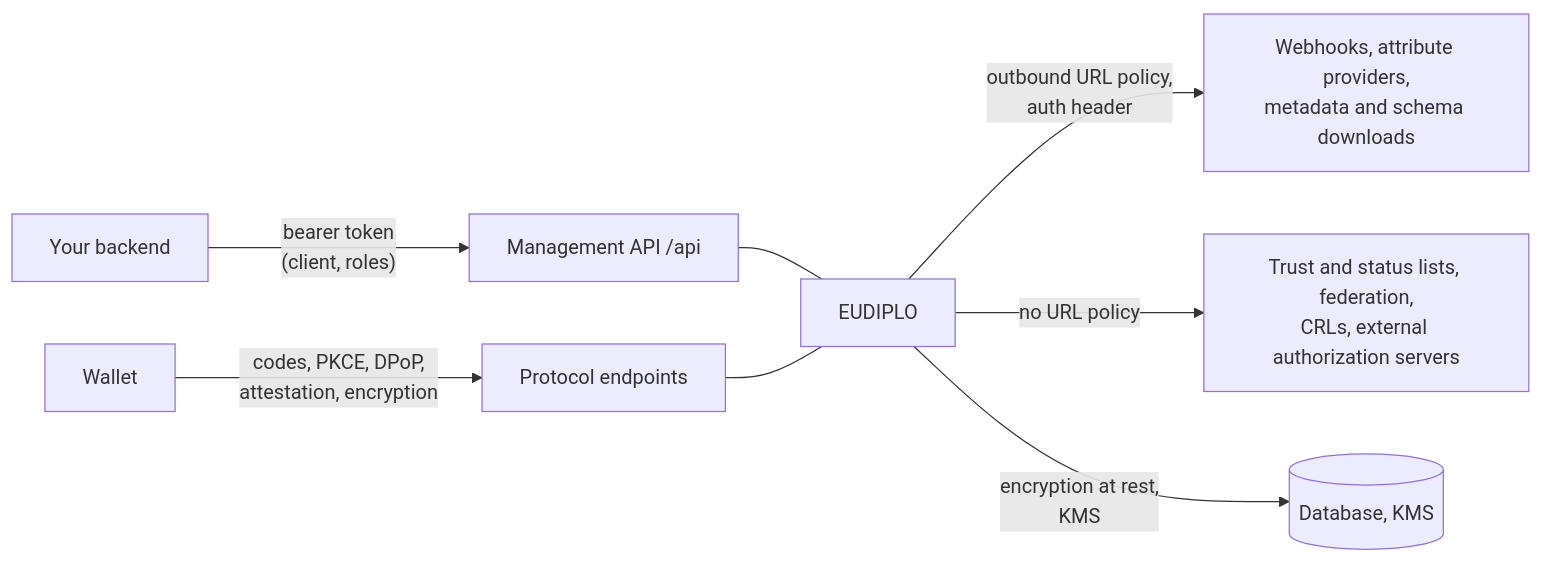
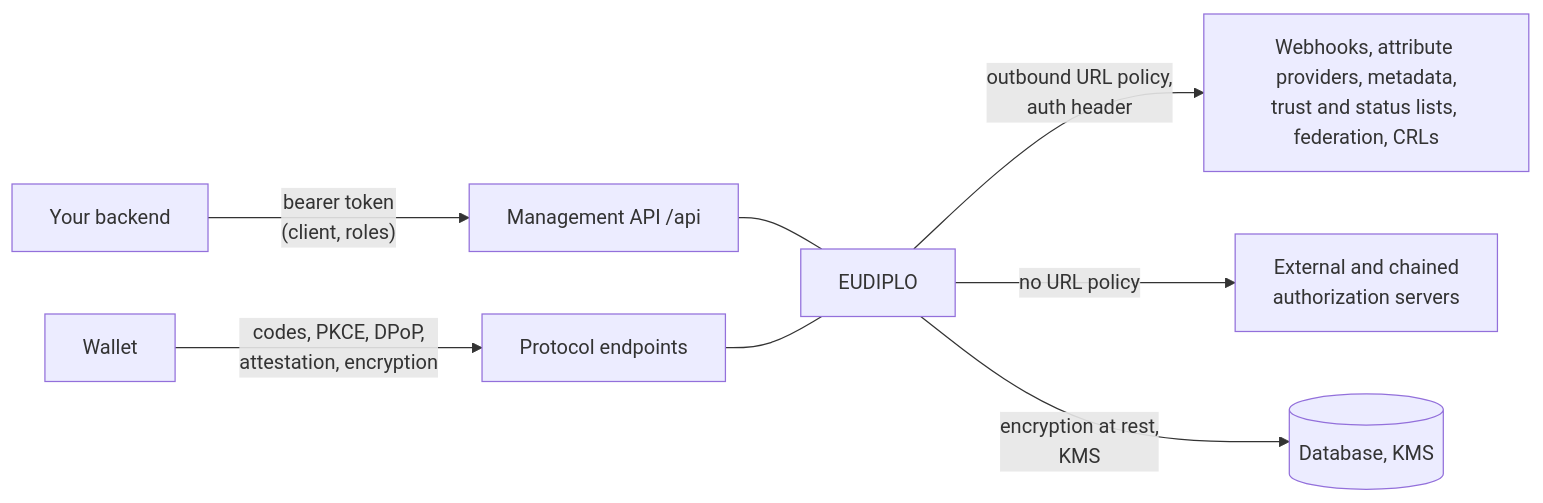
The diagram in apps/docs/docs/concepts/security-model.md (Cypher-CP0/eudiplo), drawn with Mermaid before and after one commit. The commit also changed other lines of this file and 21 other files, not shown here.

````diff
--- a/apps/docs/docs/concepts/security-model.md
+++ b/apps/docs/docs/concepts/security-model.md
@@ -12,10 +12,10 @@
 ```mermaid
 flowchart LR
     BE[Your backend] -->|"bearer token<br/>(client, roles)"| API["Management API /api"]
     W[Wallet] -->|"codes, PKCE, DPoP,<br/>attestation, encryption"| P[Protocol endpoints]
-    E[EUDIPLO] -->|"outbound URL policy,<br/>auth header"| X["Webhooks, attribute providers,<br/>metadata and schema downloads"]
-    E -->|"no URL policy"| T["Trust and status lists, federation,<br/>CRLs, external authorization servers"]
+    E[EUDIPLO] -->|"outbound URL policy,<br/>auth header"| X["Webhooks, attribute providers, metadata,<br/>trust and status lists, federation, CRLs"]
+    E -->|"no URL policy"| T["External and chained<br/>authorization servers"]
     E -->|"encryption at rest,<br/>KMS"| S[(Database, KMS)]
     API --- E
     P --- E
 ```
````
